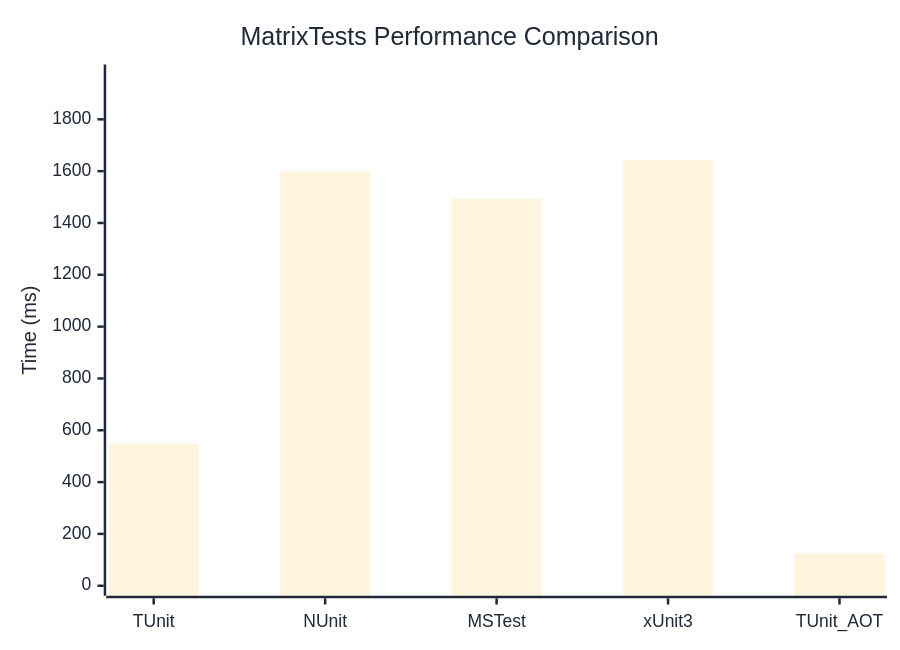
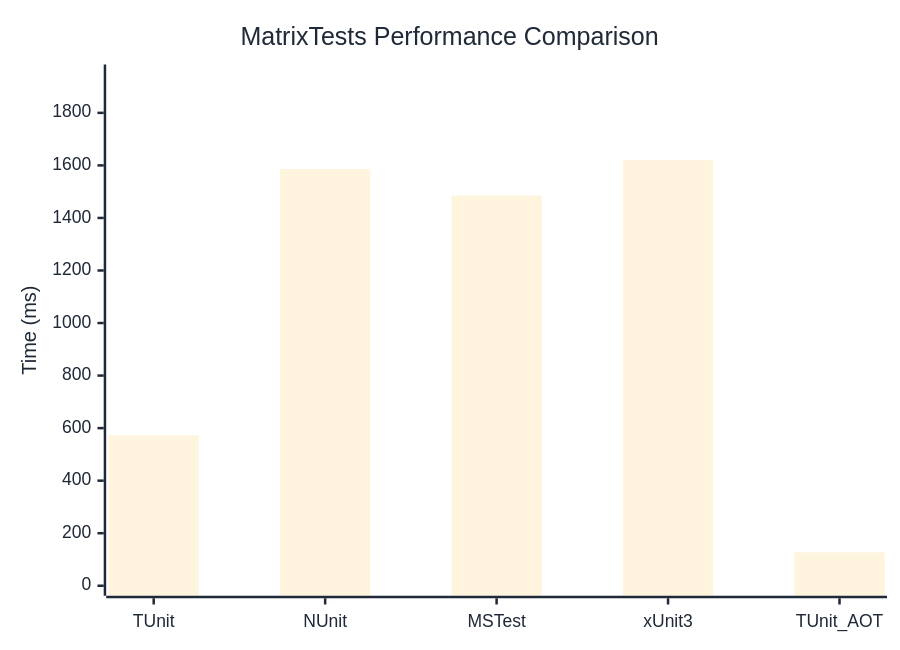
Before and after one commit to thomhurst/TUnit: the diagram in docs/docs/benchmarks/MatrixTests.md, drawn with Mermaid. The commit also changed other lines of this file and 17 other files, not shown here.

````diff
--- a/docs/docs/benchmarks/MatrixTests.md
+++ b/docs/docs/benchmarks/MatrixTests.md
@@ -27,37 +27,37 @@
 ```mermaid
 %%{init: {
   'theme':'base',
   'themeVariables': {
     'primaryColor': '#2563eb',
     'primaryTextColor': '#1f2937',
     'primaryBorderColor': '#1e40af',
     'lineColor': '#6b7280',
     'secondaryColor': '#7c3aed',
     'tertiaryColor': '#dc2626',
     'background': '#ffffff',
     'mainBkg': '#2563eb',
     'secondBkg': '#7c3aed',
     'tertiaryBkg': '#dc2626',
     'clusterBkg': '#f3f4f6',
     'edgeLabelBackground': '#ffffff',
     'tertiaryTextColor': '#1f2937',
     'pie1': '#2563eb',
     'pie2': '#7c3aed',
     'pie3': '#dc2626',
     'pie4': '#f59e0b',
     'pie5': '#10b981',
     'pie6': '#06b6d4',
     'pie7': '#ec4899',
     'pie8': '#6366f1',
     'pie9': '#84cc16',
     'pie10': '#f97316',
     'pie11': '#14b8a6',
     'pie12': '#a855f7'
   }
 }}%%
 xychart-beta
   title "MatrixTests Performance Comparison"
   x-axis ["TUnit", "NUnit", "MSTest", "xUnit3", "TUnit_AOT"]
-  y-axis "Time (ms)" 0 --> 1973
-  bar [548.1, 1598.1, 1493.1, 1643.8, 124.9]
+  y-axis "Time (ms)" 0 --> 1946
+  bar [572.9, 1586, 1485.3, 1621, 127.1]
 ```
````
